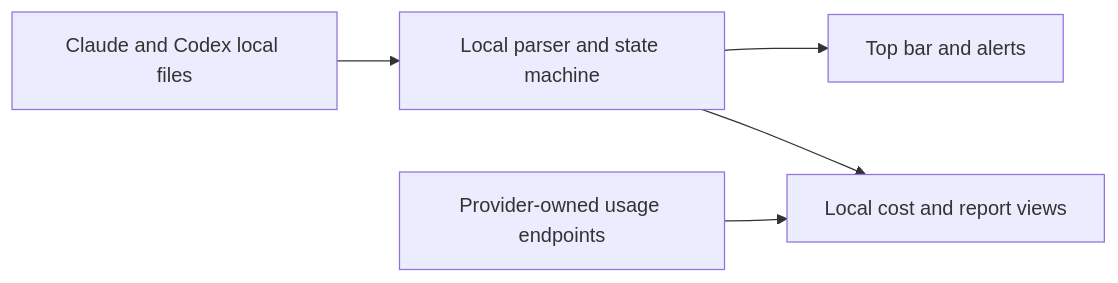
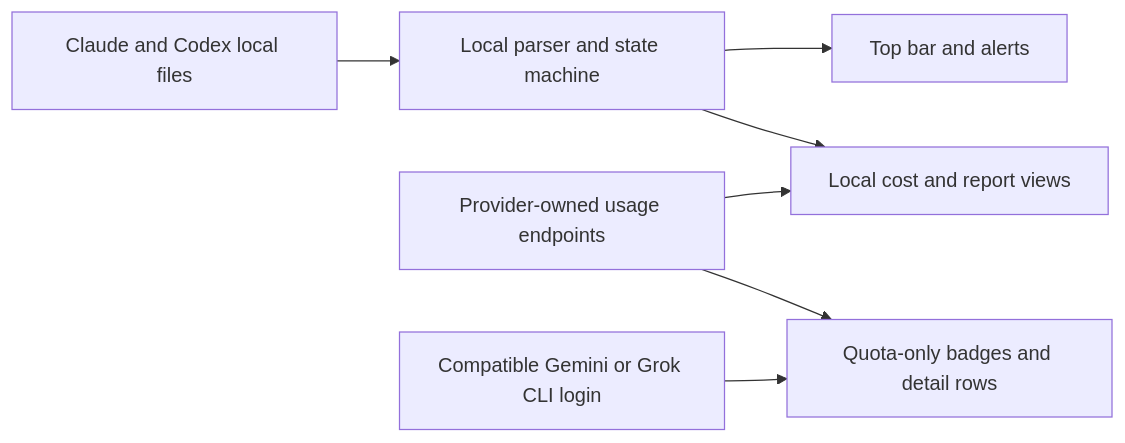
Before and after one commit to sunmingyang/agent-island: the diagram in README.md, drawn with Mermaid. The commit also changed other lines of this file and 119 other files, not shown here.

````diff
--- a/README.md
+++ b/README.md
@@ -204,7 +208,9 @@
 ```mermaid
 flowchart LR
     A[Claude and Codex local files] --> B[Local parser and state machine]
     B --> C[Top bar and alerts]
     B --> D[Local cost and report views]
     E[Provider-owned usage endpoints] --> D
+    F[Compatible Gemini or Grok CLI login] --> G[Quota-only badges and detail rows]
+    E --> G
 ```
````
